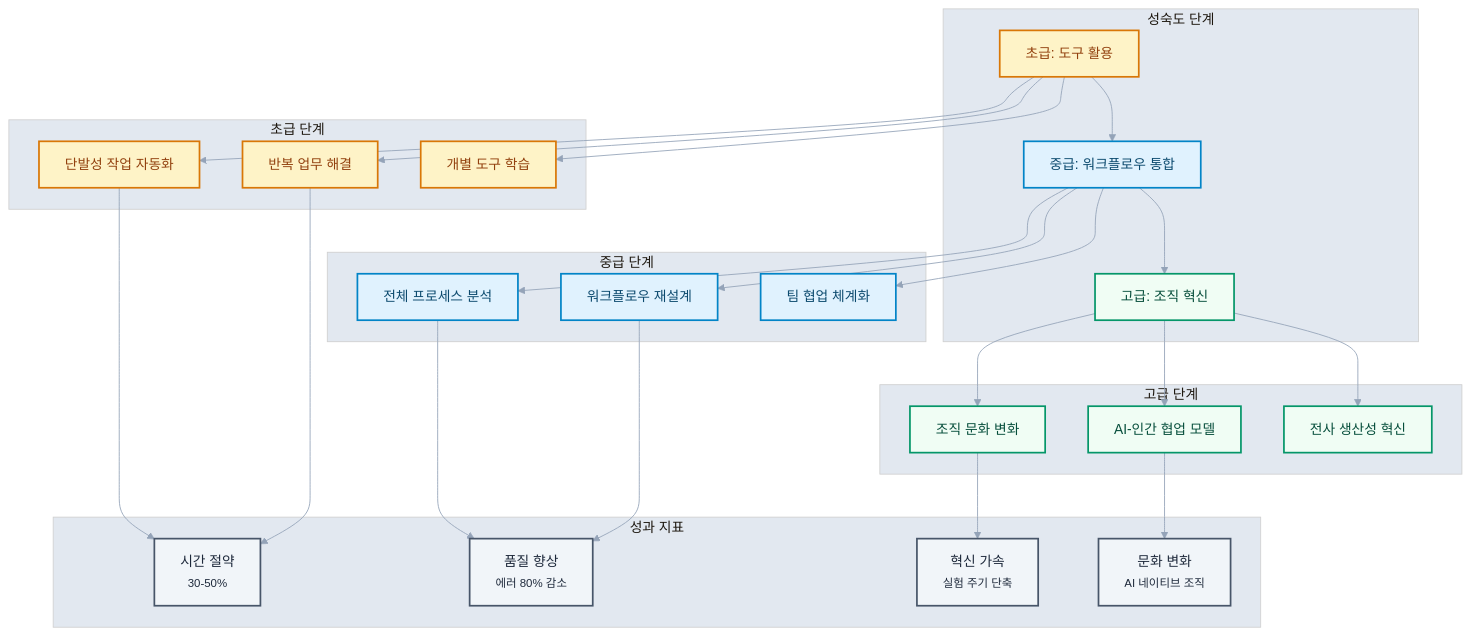
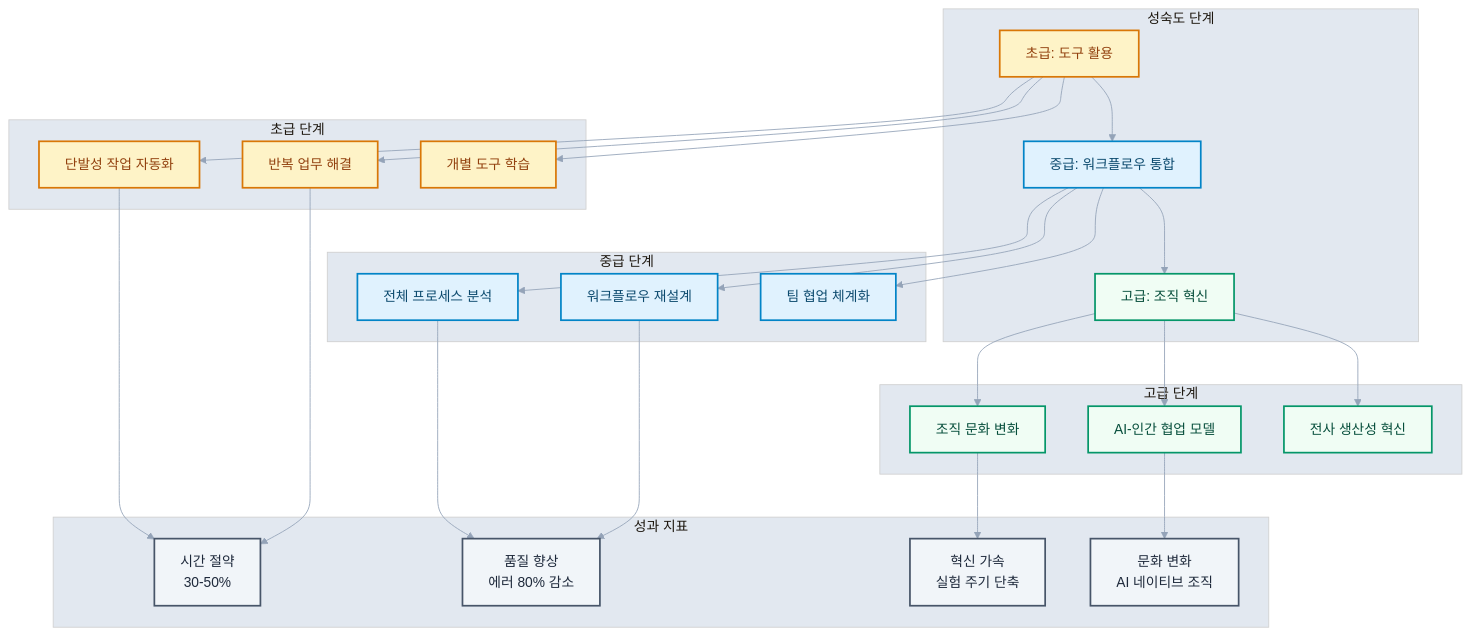
One commit to revfactory/claude-code-mastering changed the fifth of 6 diagrams in book/13-chapter13.md. Above: the diagram before and after it, drawn with Mermaid. The commit also changed other lines of this file and 10 other files, not shown here.

First line of the commit message:
fix: 챕터 2-13 Mermaid 다이어그램 텍스트 렌더링 최적화

````diff
--- a/book/13-chapter13.md
+++ b/book/13-chapter13.md
@@ -1485,50 +1485,50 @@
 ```mermaid
-%%{init: {"theme": "base", "themeVariables": {"primaryColor": "#f8fafc", "primaryTextColor": "#1e293b", "primaryBorderColor": "#e2e8f0", "lineColor": "#94a3b8", "secondaryColor": "#f1f5f9", "tertiaryColor": "#e2e8f0"}}}%%
+%%{init: {"theme": "base", "themeVariables": {"primaryColor": "#f8fafc", "primaryTextColor": "#1e293b", "primaryBorderColor": "#e2e8f0", "lineColor": "#94a3b8", "secondaryColor": "#f1f5f9", "tertiaryColor": "#e2e8f0"}, "flowchart": {"htmlLabels": false, "useMaxWidth": false}}}%%
 graph TD
     subgraph maturity [성숙도 단계]
         A[초급: 도구 활용] --> B[중급: 워크플로우 통합]
         B --> C[고급: 조직 혁신]
     end
     
     subgraph beginner [초급 단계]
         A --> D[단발성 작업 자동화]
         A --> E[반복 업무 해결]
         A --> F[개별 도구 학습]
     end
     
     subgraph intermediate [중급 단계]
         B --> G[전체 프로세스 분석]
         B --> H[워크플로우 재설계]
         B --> I[팀 협업 체계화]
     end
     
     subgraph advanced [고급 단계]
         C --> J[조직 문화 변화]
         C --> K[AI-인간 협업 모델]
         C --> L[전사 생산성 혁신]
     end
     
     subgraph outcomes [성과 지표]
-        M[시간 절약<br/><small>30-50%</small>]
-        N[품질 향상<br/><small>에러 80% 감소</small>]
-        O[혁신 가속<br/><small>실험 주기 단축</small>]
-        P[문화 변화<br/><small>AI 네이티브 조직</small>]
+        M[시간 절약<br/>30-50%]
+        N[품질 향상<br/>에러 80% 감소]
+        O[혁신 가속<br/>실험 주기 단축]
+        P[문화 변화<br/>AI 네이티브 조직]
     end
     
     D --> M
     E --> M
     G --> N
     H --> N
     J --> O
     K --> P
     
     classDef beginnerStyle fill:#fef3c7,stroke:#d97706,stroke-width:2px,color:#92400e
     classDef intermediateStyle fill:#e0f2fe,stroke:#0284c7,stroke-width:2px,color:#0c4a6e
     classDef advancedStyle fill:#f0fdf4,stroke:#059669,stroke-width:2px,color:#064e3b
     classDef outcomeStyle fill:#f1f5f9,stroke:#475569,stroke-width:2px,color:#1e293b
     
     class A,D,E,F beginnerStyle
     class B,G,H,I intermediateStyle
     class C,J,K,L advancedStyle
     class M,N,O,P outcomeStyle
 ```
````
